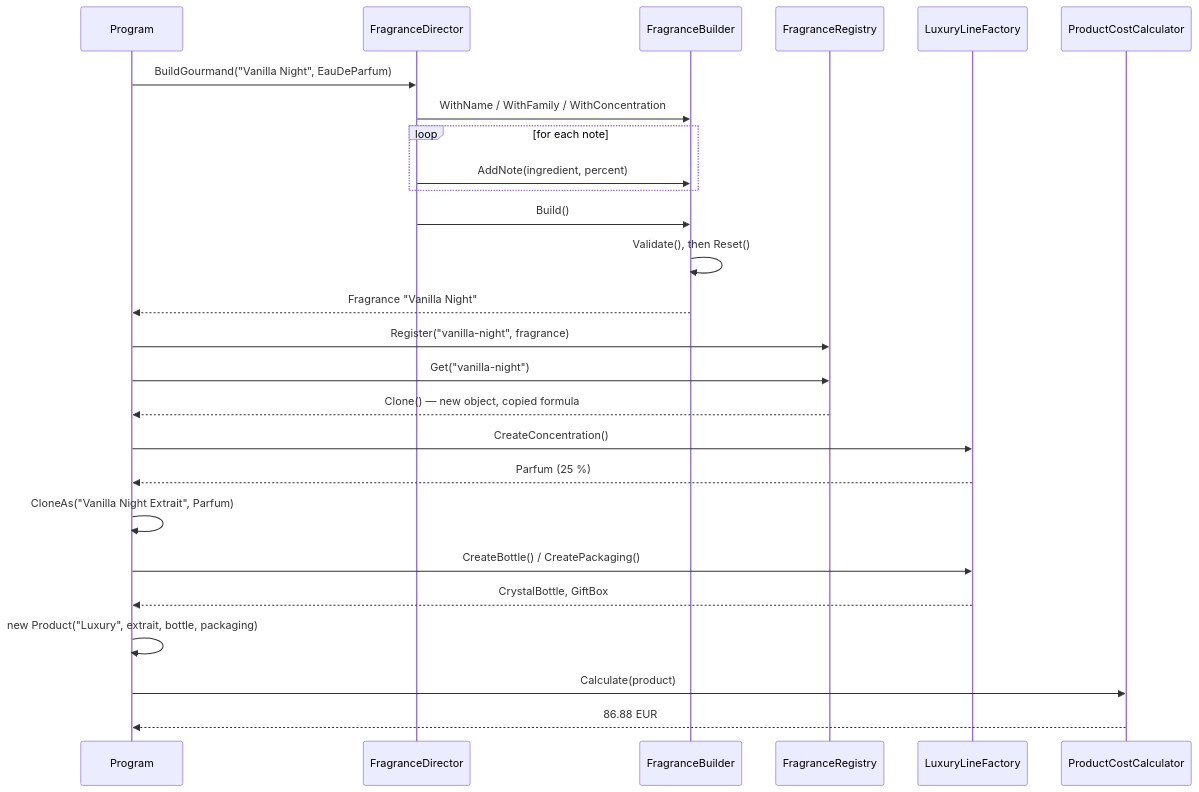
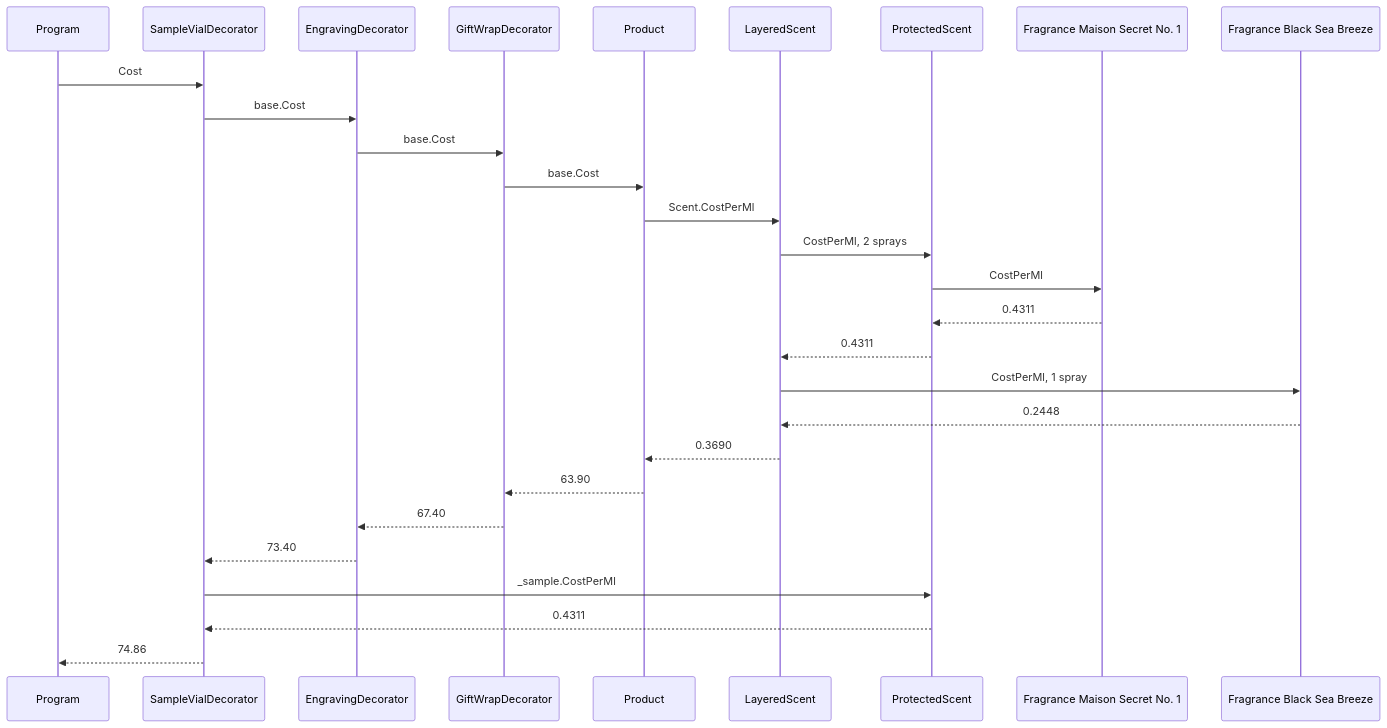
Before and after one commit to m0sji/TMPS_26: the fourth of 4 diagrams in REPORT.md, drawn with Mermaid. The commit also changed other lines of this file and 1 other file, not shown here.

````diff
--- a/REPORT.md
+++ b/REPORT.md
@@ -337,33 +492,31 @@
 ```mermaid
 sequenceDiagram
-    participant M as Program
-    participant D as FragranceDirector
-    participant B as FragranceBuilder
-    participant R as FragranceRegistry
-    participant F as LuxuryLineFactory
-    participant C as ProductCostCalculator
+    participant C as Program
+    participant S as SampleVialDecorator
+    participant E as EngravingDecorator
+    participant G as GiftWrapDecorator
+    participant P as Product
+    participant L as LayeredScent
+    participant X as ProtectedScent
+    participant F1 as Fragrance Maison Secret No. 1
+    participant F2 as Fragrance Black Sea Breeze
 
-    M->>D: BuildGourmand("Vanilla Night", EauDeParfum)
-    D->>B: WithName / WithFamily / WithConcentration
-    loop for each note
-        D->>B: AddNote(ingredient, percent)
-    end
-    D->>B: Build()
-    B->>B: Validate(), then Reset()
-    B-->>M: Fragrance "Vanilla Night"
-
-    M->>R: Register("vanilla-night", fragrance)
-    M->>R: Get("vanilla-night")
-    R-->>M: Clone() — new object, copied formula
-
-    M->>F: CreateConcentration()
-    F-->>M: Parfum (25 %)
-    M->>M: CloneAs("Vanilla Night Extrait", Parfum)
-
-    M->>F: CreateBottle() / CreatePackaging()
-    F-->>M: CrystalBottle, GiftBox
-    M->>M: new Product("Luxury", extrait, bottle, packaging)
-
-    M->>C: Calculate(product)
-    C-->>M: 86.88 EUR
+    C->>S: Cost
+    S->>E: base.Cost
+    E->>G: base.Cost
+    G->>P: base.Cost
+    P->>L: Scent.CostPerMl
+    L->>X: CostPerMl, 2 sprays
+    X->>F1: CostPerMl
+    F1-->>X: 0.4311
+    X-->>L: 0.4311
+    L->>F2: CostPerMl, 1 spray
+    F2-->>L: 0.2448
+    L-->>P: 0.3690
+    P-->>G: 63.90
+    G-->>E: 67.40
+    E-->>S: 73.40
+    S->>X: _sample.CostPerMl
+    X-->>S: 0.4311
+    S-->>C: 74.86
 ```
````
